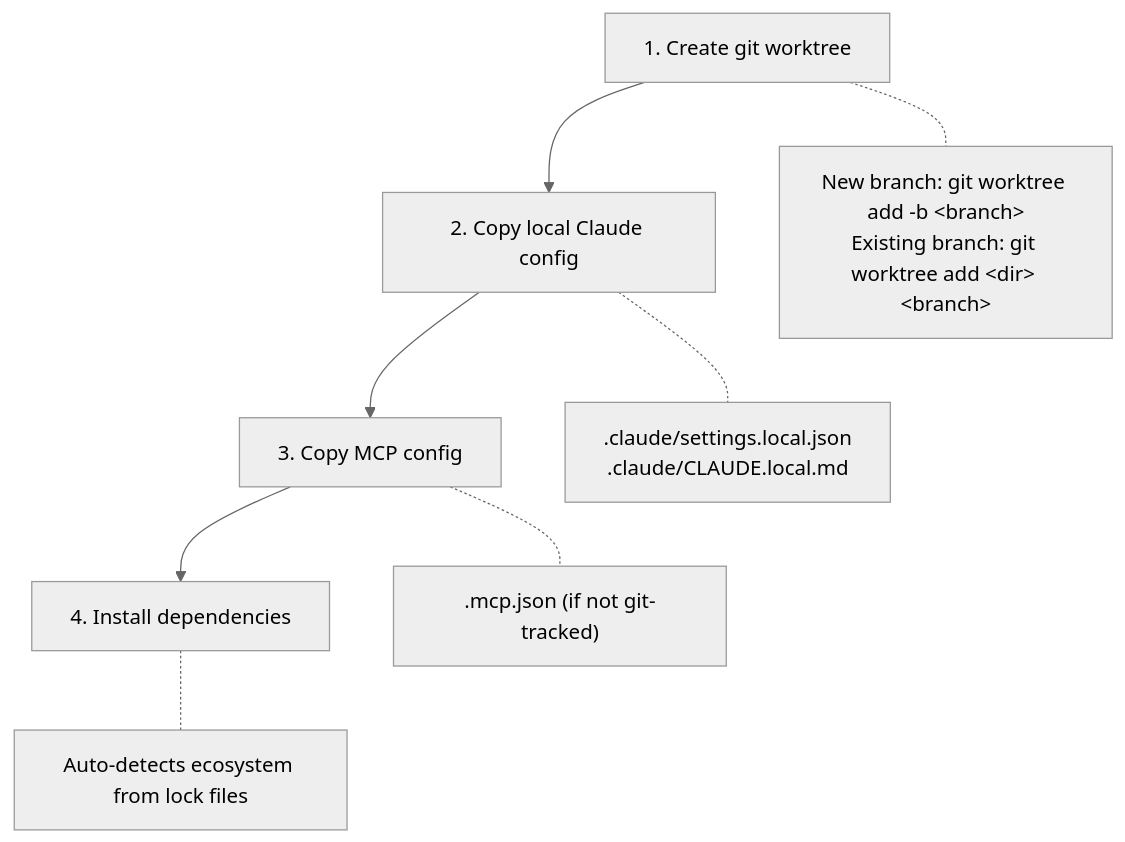
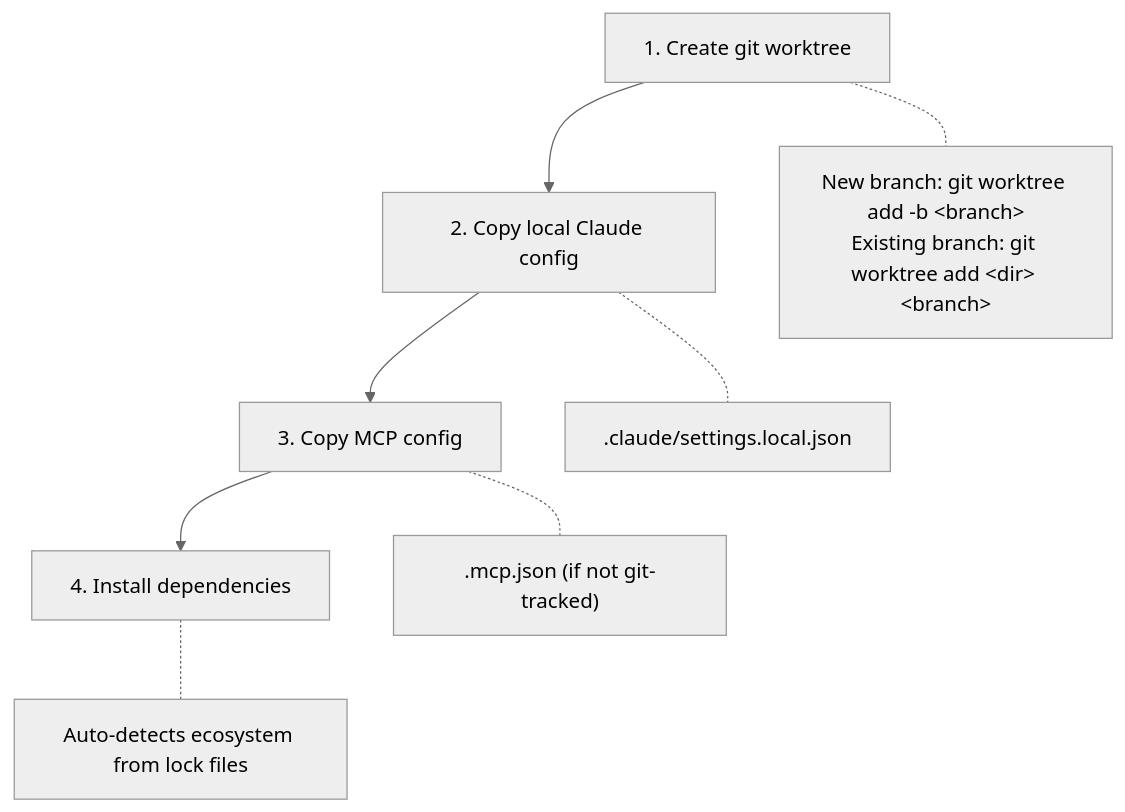
Before and after one commit to lamchakchan/claude-workspace: the second of 2 diagrams in docs/SANDBOX.md, drawn with Mermaid (neutral theme). The commit also changed other lines of this file and 24 other files, not shown here.

````diff
--- a/docs/SANDBOX.md
+++ b/docs/SANDBOX.md
@@ -51,11 +51,11 @@
 ```mermaid
 flowchart TD
     A["1. Create git worktree"] --> B["2. Copy local Claude config"]
     B --> C["3. Copy MCP config"]
     C --> D["4. Install dependencies"]
 
     A -.- A1["New branch: git worktree add -b &lt;branch&gt;<br/>Existing branch: git worktree add &lt;dir&gt; &lt;branch&gt;"]
-    B -.- B1[".claude/settings.local.json<br/>.claude/CLAUDE.local.md"]
+    B -.- B1[".claude/settings.local.json"]
     C -.- C1[".mcp.json (if not git-tracked)"]
     D -.- D1["Auto-detects ecosystem from lock files"]
 ```
````
